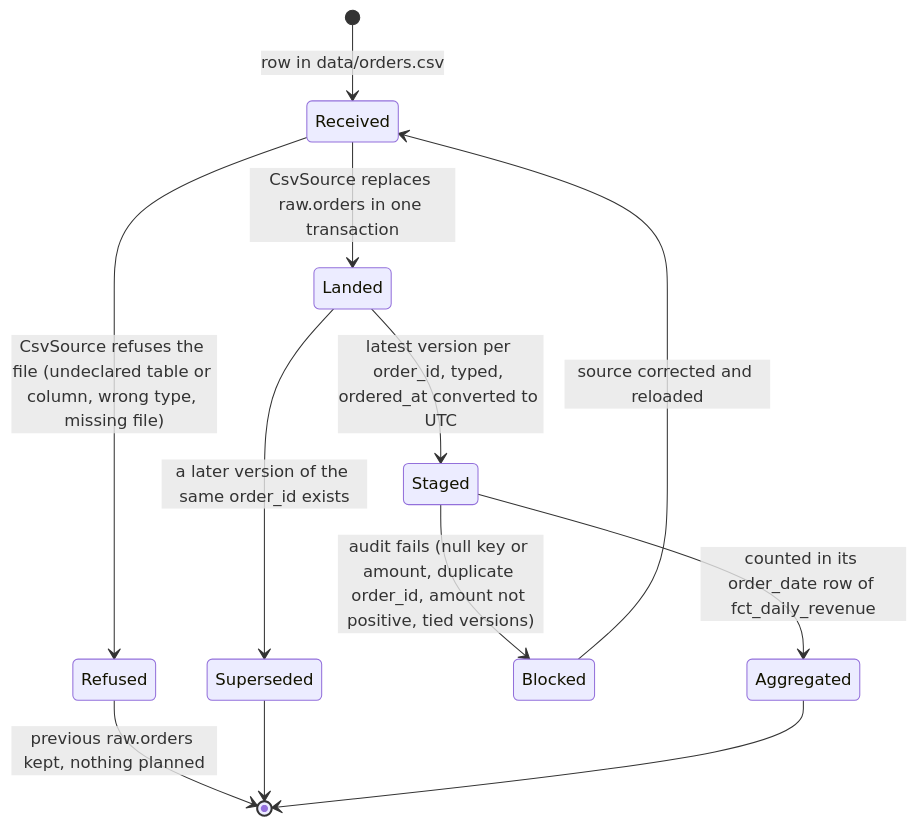
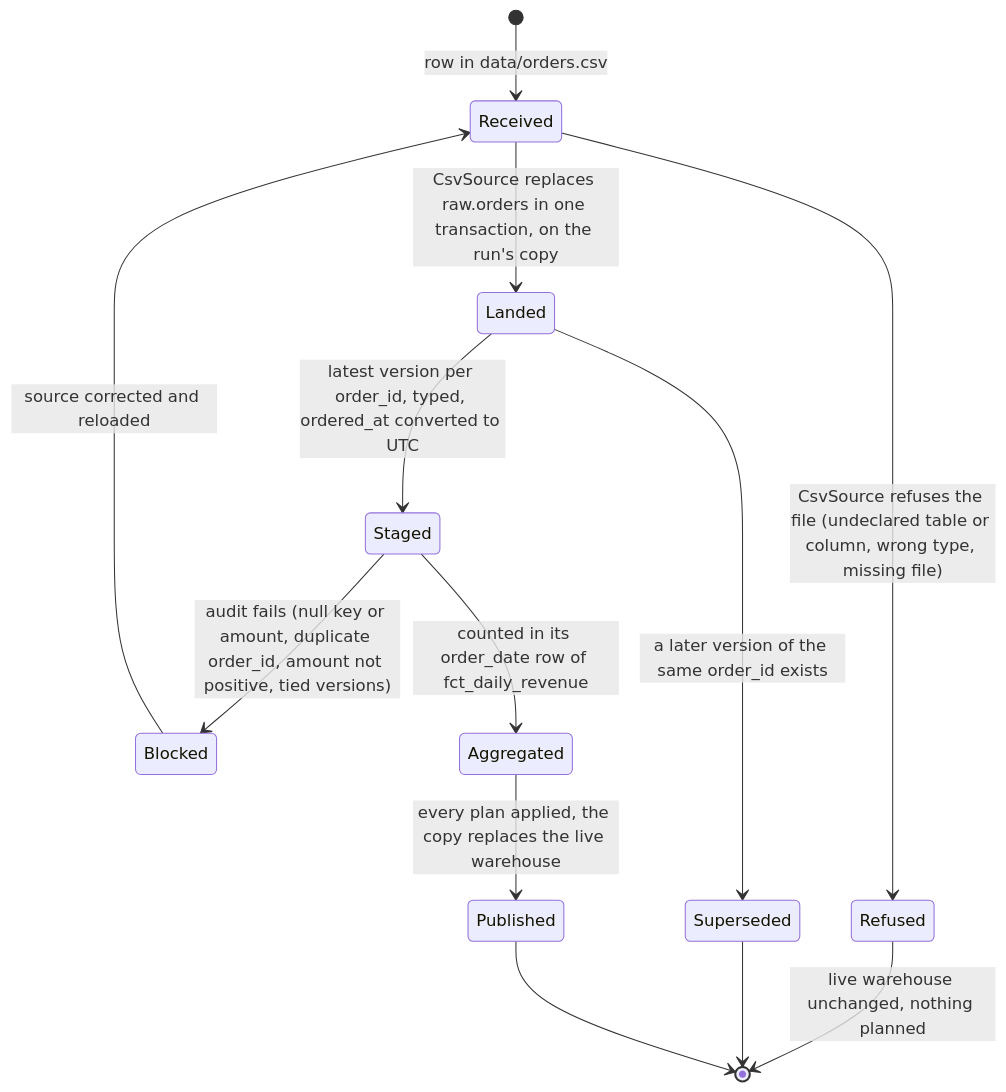
Before and after one commit to CarlosSolrac/template-sqlmesh-duckdb: the second of 4 diagrams in docs/design.md, drawn with Mermaid. The commit also changed other lines of this file and 3 other files, not shown here.

````diff
--- a/docs/design.md
+++ b/docs/design.md
@@ -60,14 +64,15 @@
 ```mermaid
 stateDiagram-v2
     [*] --> Received: row in data/orders.csv
     Received --> Refused: CsvSource refuses the file (undeclared table or column, wrong type, missing file)
-    Refused --> [*]: previous raw.orders kept, nothing planned
-    Received --> Landed: CsvSource replaces raw.orders in one transaction
+    Refused --> [*]: live warehouse unchanged, nothing planned
+    Received --> Landed: CsvSource replaces raw.orders in one transaction, on the run's copy
     Landed --> Superseded: a later version of the same order_id exists
     Superseded --> [*]
     Landed --> Staged: latest version per order_id, typed, ordered_at converted to UTC
     Staged --> Blocked: audit fails (null key or amount, duplicate order_id, amount not positive, tied versions)
     Blocked --> Received: source corrected and reloaded
     Staged --> Aggregated: counted in its order_date row of fct_daily_revenue
-    Aggregated --> [*]
+    Aggregated --> Published: every plan applied, the copy replaces the live warehouse
+    Published --> [*]
 ```
````
